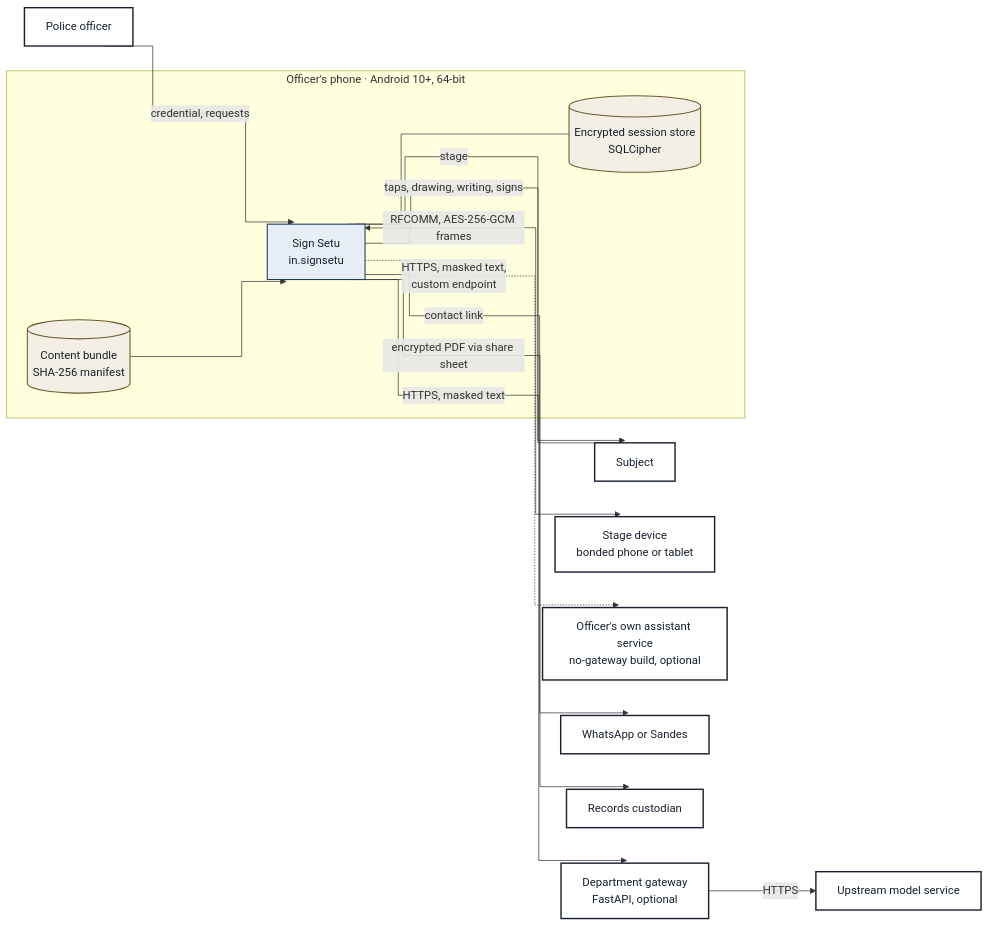
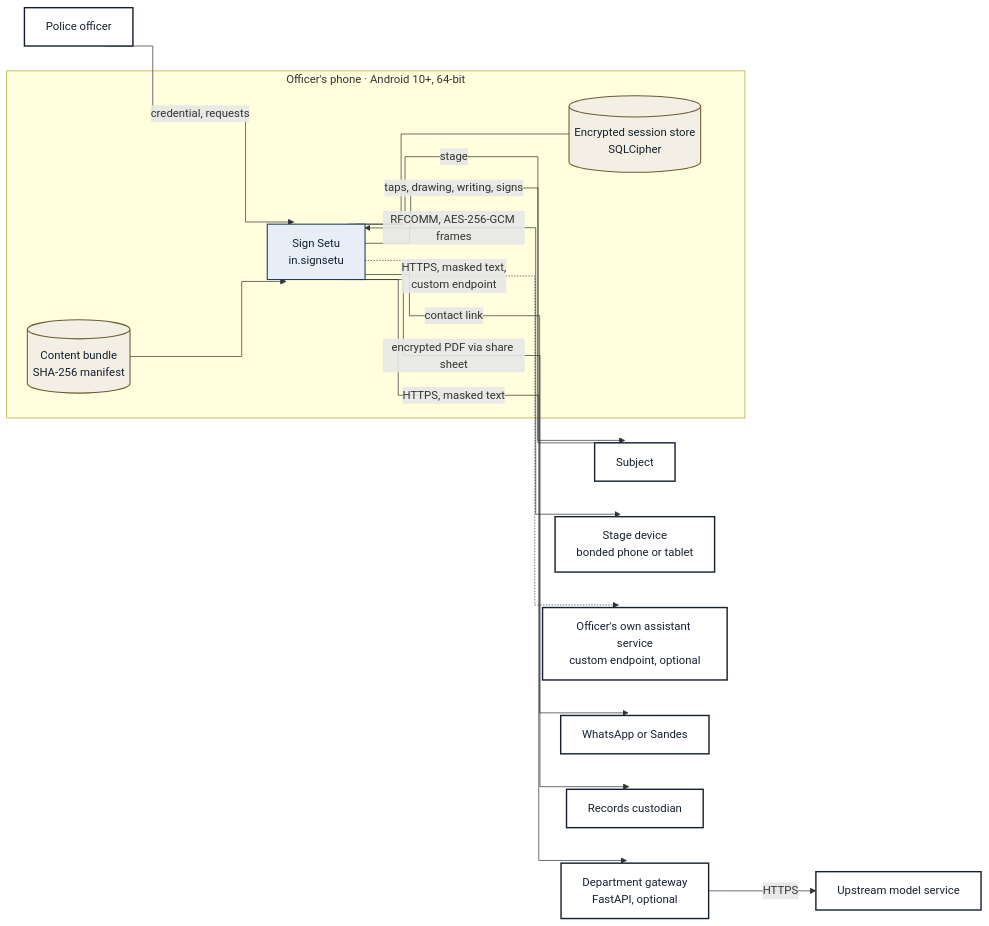
Before and after one commit to CiValidator/SScivalidator: the first of 16 diagrams in docs/02-architecture.md, drawn with Mermaid. The commit also changed other lines of this file and 44 other files, not shown here.

````diff
--- a/docs/02-architecture.md
+++ b/docs/02-architecture.md
@@ -12,31 +12,31 @@
 ```mermaid
 %%{init: {"flowchart": {"curve": "step"}}}%%
 flowchart LR
     OFF["Police officer"]:::ext
     SUB["Subject"]:::ext
     subgraph PHONE["Officer's phone · Android 10+, 64-bit"]
         APP["Sign Setu<br/>in.signsetu"]:::comp
         DB[("Encrypted session store<br/>SQLCipher")]:::data
         BUNDLE[("Content bundle<br/>SHA-256 manifest")]:::data
     end
     STAGE["Stage device<br/>bonded phone or tablet"]:::ext
     GW["Department gateway<br/>FastAPI, optional"]:::ext
-    DIRECT["Officer's own assistant service<br/>no-gateway build, optional"]:::ext
+    DIRECT["Officer's own assistant service<br/>custom endpoint, optional"]:::ext
     UP["Upstream model service"]:::ext
     MSG["WhatsApp or Sandes"]:::ext
     CUST["Records custodian"]:::ext
     OFF -- "credential, requests" --> APP
     APP -- "stage" --> SUB
     SUB -- "taps, drawing, writing, signs" --> APP
     APP --- DB
     BUNDLE --> APP
     APP -- "RFCOMM, AES-256-GCM frames" --> STAGE
     APP -- "HTTPS, masked text" --> GW
     APP -. "HTTPS, masked text,<br/>custom endpoint" .-> DIRECT
     GW -- "HTTPS" --> UP
     APP -- "contact link" --> MSG
     APP -- "encrypted PDF via share sheet" --> CUST
     classDef ext fill:#ffffff,stroke:#16202e,stroke-width:2px,color:#16202e
     classDef comp fill:#e8eef7,stroke:#1f3a5f,stroke-width:1.5px,color:#16202e
     classDef data fill:#f3efe4,stroke:#6b5b2e,stroke-width:1.5px,color:#16202e
 ```
````
